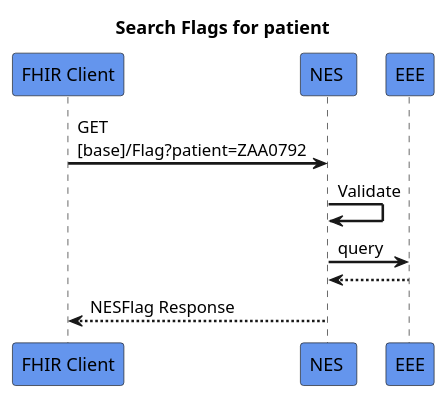
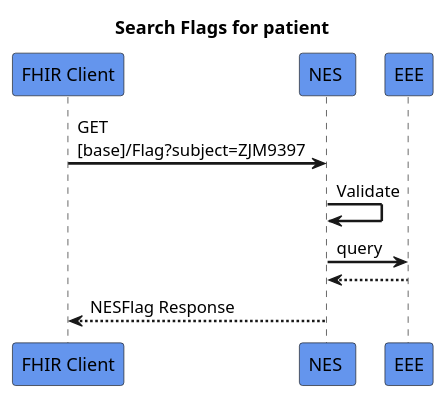
The diagram in input/images-source/search-flag.plantuml (HL7NZ/nes-ig), drawn with PlantUML before and after one commit. The commit also changed 3 other files, not shown here.

```diff
--- a/input/images-source/search-flag.plantuml
+++ b/input/images-source/search-flag.plantuml
@@ -1,18 +1,18 @@
 @startuml
 skinparam sequenceArrowThickness 2
 skinparam roundcorner 5
 skinparam maxmessagesize 180
 skinparam sequenceParticipant bold
 title  Search Flags for patient
 participant "FHIR Client" as A #CornflowerBlue
 participant "NES " as B #CornflowerBlue
 participant "EEE" as C #CornflowerBlue
 
-A -> B: GET [base]/Flag?patient=ZAA0792
+A -> B: GET [base]/Flag?subject=ZJM9397
 B -> B: Validate
 B -> C: query
 C -[dashed]-> B:
 
 B -[dashed]-> A: NESFlag Response 
 
 @enduml
```
